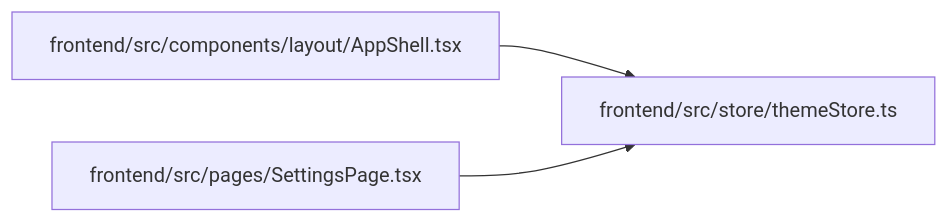
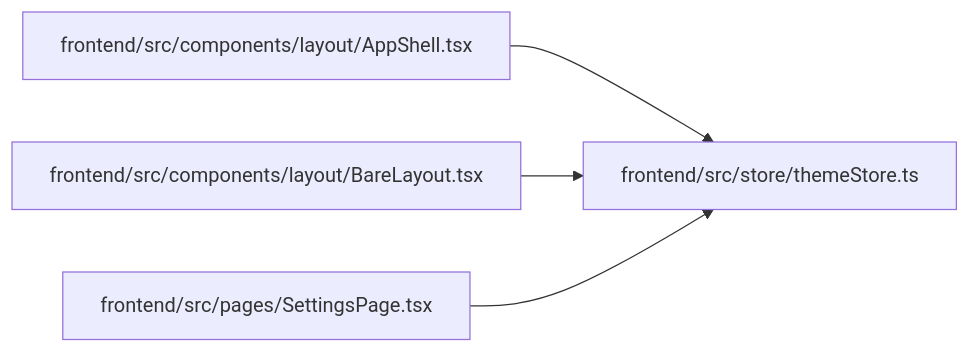
One commit to Denissvgn/WorkChord changed the diagram in docs/llm_wiki/modules/themeStore.md. Above: the diagram before and after it, drawn with Mermaid. The commit also changed other lines of this file and 2373 other files, not shown here.

````diff
--- a/docs/llm_wiki/modules/themeStore.md
+++ b/docs/llm_wiki/modules/themeStore.md
@@ -27,11 +27,14 @@
 ```mermaid
 flowchart LR
     n0["frontend/src/components/layout/AppShell.tsx"]
-    n1["frontend/src/pages/SettingsPage.tsx"]
-    n2["frontend/src/store/themeStore.ts"]
-    n0 --> n2
-    n1 --> n2
+    n1["frontend/src/components/layout/BareLayout.tsx"]
+    n2["frontend/src/pages/SettingsPage.tsx"]
+    n3["frontend/src/store/themeStore.ts"]
+    n0 --> n3
+    n1 --> n3
+    n2 --> n3
     click n0 "../modules/AppShell.md"
-    click n1 "../modules/SettingsPage.md"
-    click n2 "../modules/themeStore.md"
+    click n1 "../modules/BareLayout.md"
+    click n2 "../modules/SettingsPage.md"
+    click n3 "../modules/themeStore.md"
 ```
````
